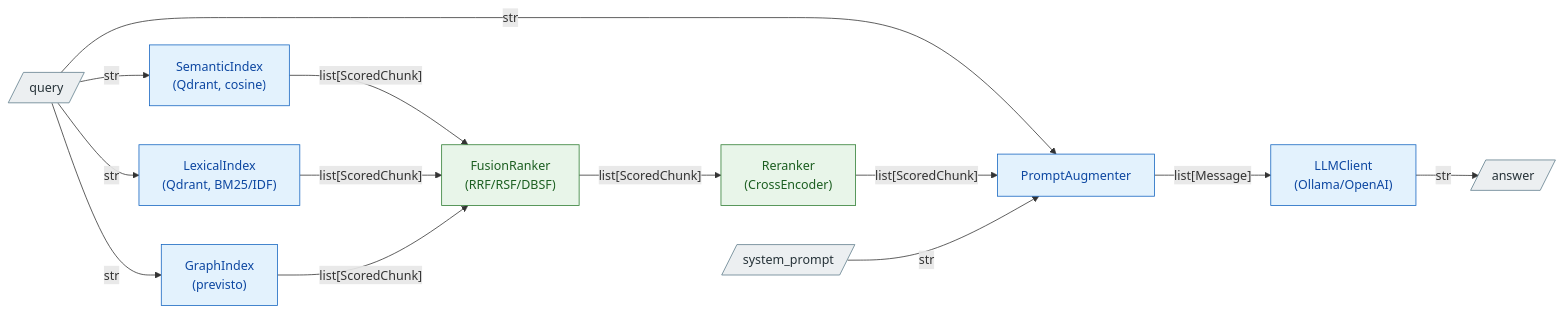
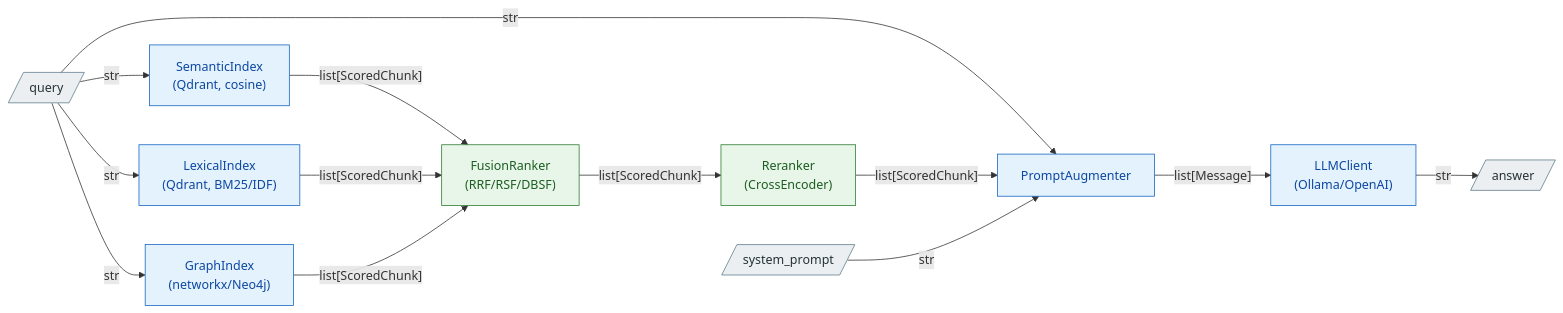
One commit to DavideFricano/auth-rag changed the third of 3 diagrams in docs/architecture.md. Above: the diagram before and after it, drawn with Mermaid. The commit also changed other lines of this file and 3 other files, not shown here.

First line of the commit message:
docs(graph): from planned to built, and what is still owed

````diff
--- a/docs/architecture.md
+++ b/docs/architecture.md
@@ -436,28 +488,28 @@
 ```mermaid
 flowchart LR
-    q[/"query"/] -->|"str"| BM["LexicalIndex<br>(Qdrant, BM25/IDF)"] & VR["SemanticIndex<br>(Qdrant, cosine)"] & GR["GraphIndex<br>(previsto)"]
+    q[/"query"/] -->|"str"| BM["LexicalIndex<br>(Qdrant, BM25/IDF)"] & VR["SemanticIndex<br>(Qdrant, cosine)"] & GR["GraphIndex<br>(networkx/Neo4j)"]
     q -- str --> AUG["PromptAugmenter"]
     VR -- list[ScoredChunk] --> F["FusionRanker<br>(RRF/RSF/DBSF)"]
     BM -- list[ScoredChunk] --> F
     GR -- list[ScoredChunk] --> F
     F -- list[ScoredChunk]<br> --> RR["Reranker<br>(CrossEncoder)"]
     RR -- list[ScoredChunk]<br> --> AUG
     AUG -- list[Message] --> LLM["LLMClient<br>(Ollama/OpenAI)"]
     LLM -- str --> ANS[/"answer"/]
     n1[/"system_prompt"/] -- str --> AUG
 
      q:::io
      BM:::step
      VR:::step
      GR:::step
      AUG:::step
      F:::rank
      RR:::rank
      LLM:::step
      ANS:::io
      n1:::io
     classDef io fill:#eceff1,stroke:#607d8b,color:#263238
     classDef step fill:#e3f2fd,stroke:#1565c0,color:#0d47a1
     classDef rank fill:#e8f5e9,stroke:#2e7d32,color:#1b5e20
     classDef db fill:#f3e5f5,stroke:#7b1fa2,color:#4a148c
 ```
````
